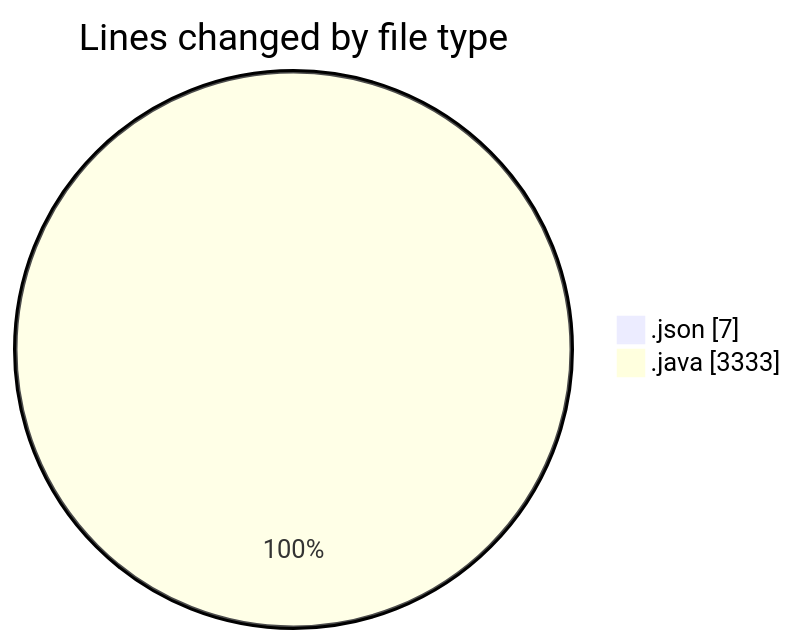
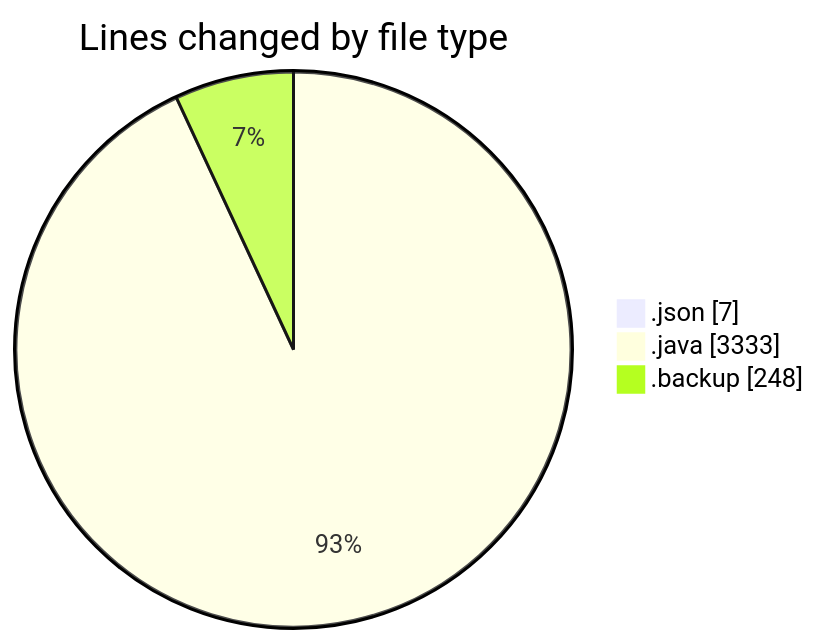
Before and after one commit to ricardozamudiocil/code-tracking: the first of 2 diagrams in 2026-02-25/cilapp/README.md, drawn with Mermaid. The commit also changed other lines of this file and 1 other file, not shown here.

````diff
--- a/2026-02-25/cilapp/README.md
+++ b/2026-02-25/cilapp/README.md
@@ -24,6 +25,7 @@
 ```mermaid
 pie showData
 title Lines changed by file type
 ".json" : 7
 ".java" : 3333
+".backup" : 248
 ```
````
